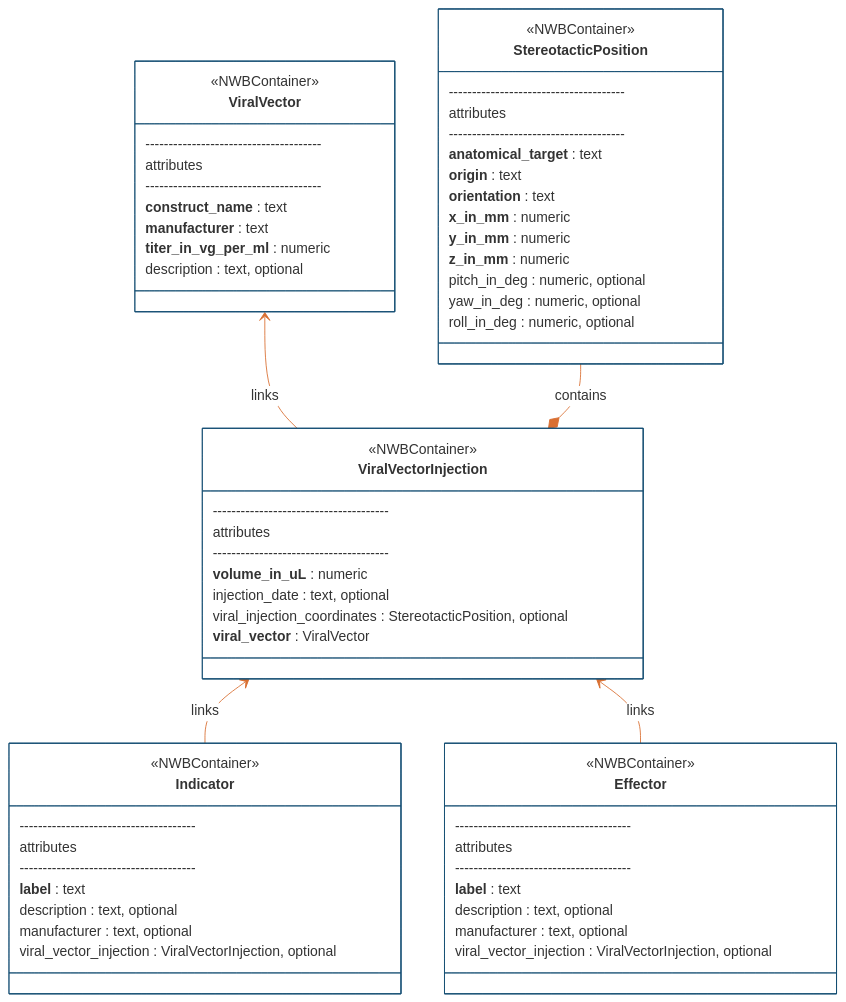
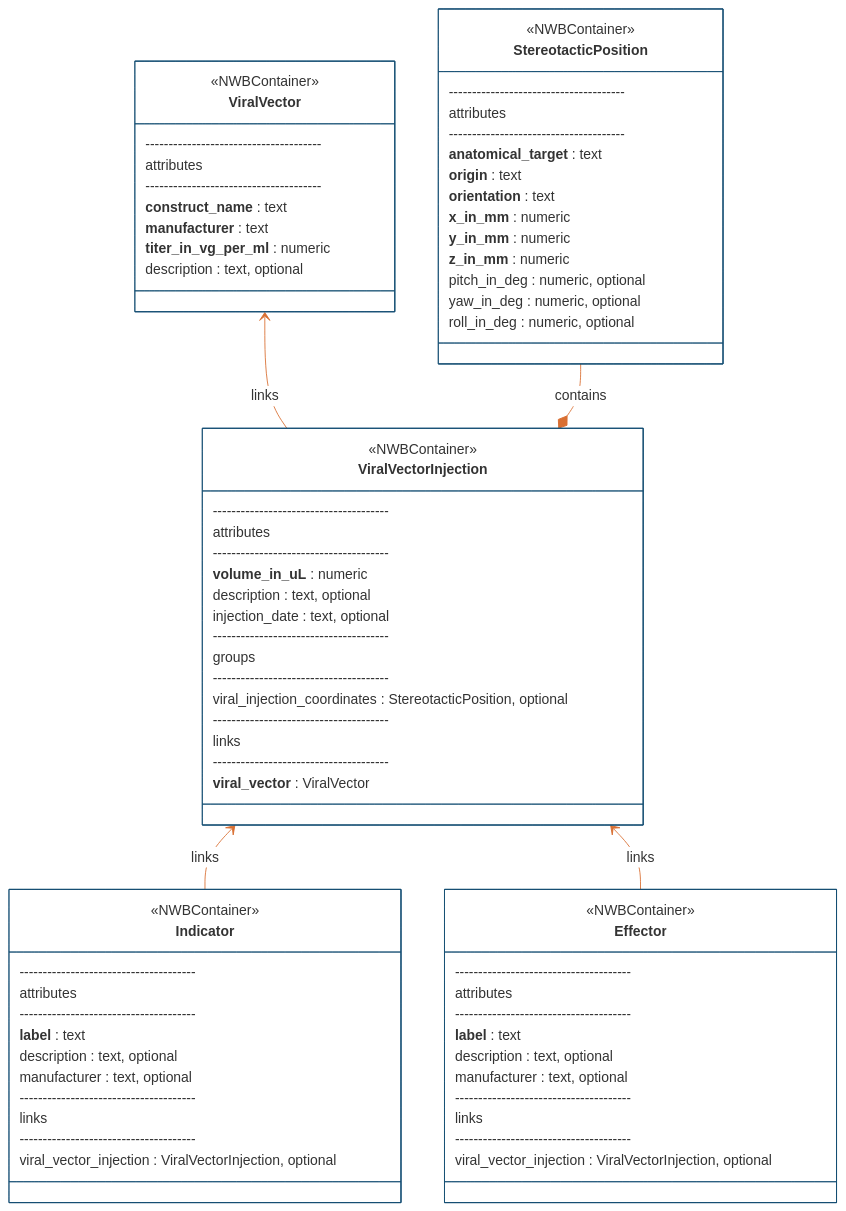
The first of 4 diagrams in README.md (catalystneuro/ndx-ophys-devices), drawn with Mermaid before and after one commit. The commit also changed other lines of this file and 4 other files, not shown here.

````diff
--- a/README.md
+++ b/README.md
@@ -330,65 +349,78 @@
 ```mermaid
 %%{init: {'theme': 'base', 'themeVariables': {'primaryColor': '#ffffff', 'primaryBorderColor': '#144E73', 'lineColor': '#D96F32'}}}%%
 classDiagram
     direction BT
     class ViralVector {
         <<NWBContainer>>
         --------------------------------------
         attributes
         --------------------------------------
         **construct_name** : text
         **manufacturer** : text
         **titer_in_vg_per_ml** : numeric
         description : text, optional
     }
     class StereotacticPosition {
         <<NWBContainer>>
         --------------------------------------
         attributes
         --------------------------------------
         **anatomical_target** : text
         **origin** : text
         **orientation** : text
         **x_in_mm** : numeric
         **y_in_mm** : numeric
         **z_in_mm** : numeric
         pitch_in_deg : numeric, optional
         yaw_in_deg : numeric, optional
         roll_in_deg : numeric, optional
     }
     class ViralVectorInjection {
         <<NWBContainer>>
         --------------------------------------
         attributes
         --------------------------------------
         **volume_in_uL** : numeric
+        description : text, optional
         injection_date : text, optional
+        --------------------------------------
+        groups
+        --------------------------------------
         viral_injection_coordinates : StereotacticPosition, optional
+        --------------------------------------
+        links
+        --------------------------------------
         **viral_vector** : ViralVector
-        }
+    }
     class Indicator {
         <<NWBContainer>>
         --------------------------------------
         attributes
         --------------------------------------
         **label** : text
         description : text, optional
         manufacturer : text, optional
+        --------------------------------------
+        links
+        --------------------------------------
         viral_vector_injection : ViralVectorInjection, optional
     }
     class Effector {
         <<NWBContainer>>
         --------------------------------------
         attributes
         --------------------------------------
         **label** : text
         description : text, optional
         manufacturer : text, optional
+        --------------------------------------
+        links
+        --------------------------------------
         viral_vector_injection : ViralVectorInjection, optional
     }
     Indicator --> ViralVectorInjection : links
     Effector --> ViralVectorInjection : links
     ViralVectorInjection --> ViralVector : links
     ViralVectorInjection *-- StereotacticPosition : contains
 
 ```
````
